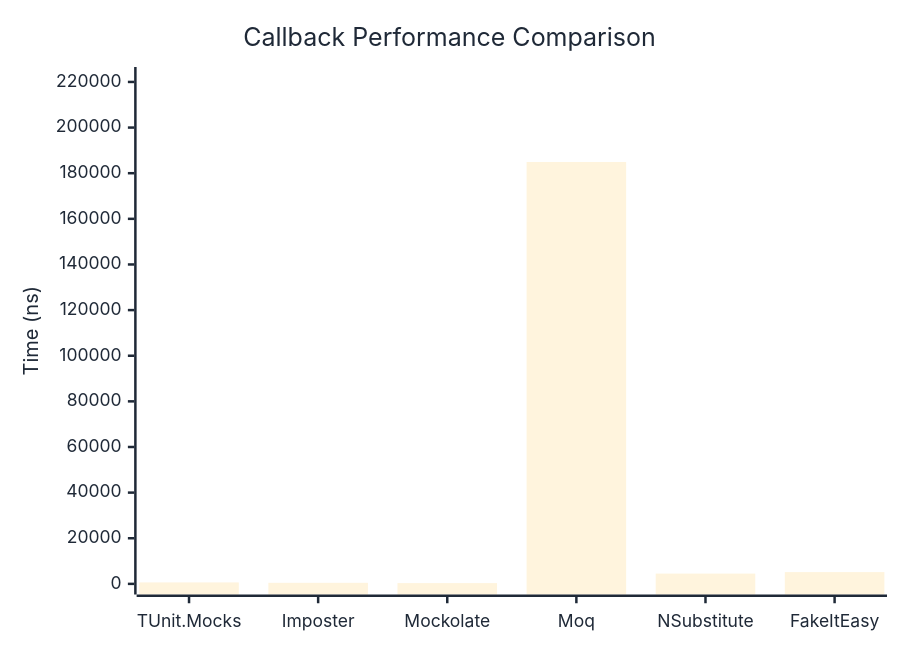
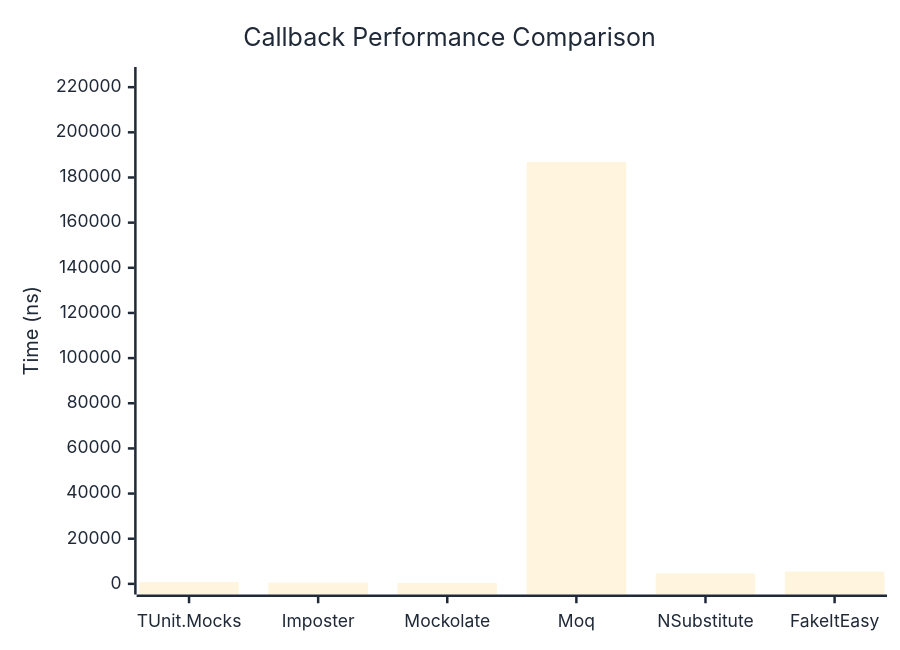
Before and after one commit to thomhurst/TUnit: the first of 2 diagrams in docs/docs/benchmarks/mocks/Callback.md, drawn with Mermaid. The commit also changed other lines of this file and 14 other files, not shown here.

````diff
--- a/docs/docs/benchmarks/mocks/Callback.md
+++ b/docs/docs/benchmarks/mocks/Callback.md
@@ -30,27 +30,27 @@
 ```mermaid
 %%{init: {
   'theme':'base',
   'themeVariables': {
     'primaryColor': '#2563eb',
     'primaryTextColor': '#1f2937',
     'primaryBorderColor': '#1e40af',
     'lineColor': '#6b7280',
     'secondaryColor': '#7c3aed',
     'tertiaryColor': '#dc2626',
     'background': '#ffffff',
     'pie1': '#2563eb',
     'pie2': '#7c3aed',
     'pie3': '#dc2626',
     'pie4': '#f59e0b',
     'pie5': '#10b981',
     'pie6': '#06b6d4',
     'pie7': '#ec4899',
     'pie8': '#6366f1'
   }
 }}%%
 xychart-beta
   title "Callback Performance Comparison"
   x-axis ["TUnit.Mocks", "Imposter", "Mockolate", "Moq", "NSubstitute", "FakeItEasy"]
-  y-axis "Time (ns)" 0 --> 221894
-  bar [642.9, 462.6, 339, 184911, 4504.4, 5162.9]
+  y-axis "Time (ns)" 0 --> 224231
+  bar [814.9, 528.9, 391.6, 186858.7, 4615.8, 5425.7]
 ```
````
